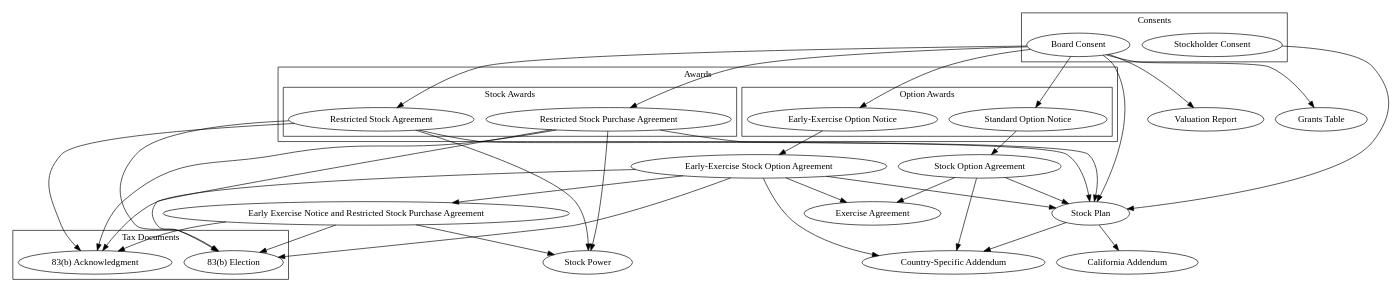
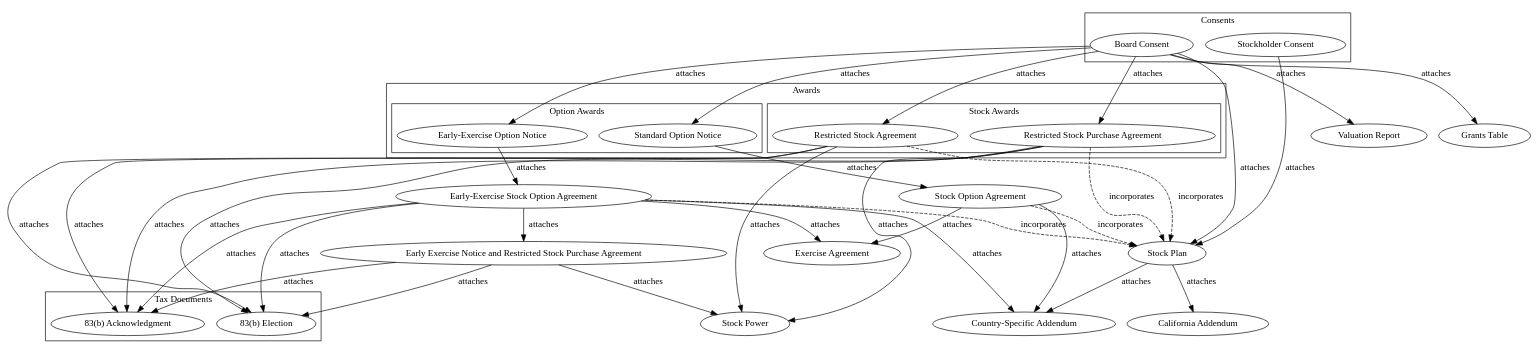
The diagram in stock-plan.dot (kemitchell/stock-plan-graph), drawn with Graphviz before and after one commit.

Commit message:
Label and style edges

```diff
--- a/stock-plan.dot
+++ b/stock-plan.dot
@@ -1,76 +1,76 @@
 digraph stockplan {
 
   subgraph cluster_consents {
     label="Consents";
     graph[style=solid];
     "Board Consent";
     "Stockholder Consent";
   }
 
   subgraph cluster_awards {
     label="Awards";
     graph[style=solid];
 
     subgraph cluster_options {
       label="Option Awards";
       graph[style=solid];
       "Early-Exercise Option Notice";
       "Standard Option Notice";
     }
 
     subgraph cluster_stock {
       label="Stock Awards";
       graph[style=solid];
       "Restricted Stock Purchase Agreement";
       "Restricted Stock Agreement";
     }
   }
 
   subgraph cluster_83b {
     label="Tax Documents";
     "83(b) Acknowledgment";
     "83(b) Election";
   }
 
-  "Board Consent" -> "Stock Plan";
-  "Board Consent" -> "Standard Option Notice";
-  "Board Consent" -> "Early-Exercise Option Notice";
-  "Board Consent" -> "Restricted Stock Purchase Agreement";
-  "Board Consent" -> "Restricted Stock Agreement";
-  "Board Consent" -> "Valuation Report";
-  "Board Consent" -> "Grants Table";
+  "Board Consent" -> "Stock Plan" [label=attaches];
+  "Board Consent" -> "Standard Option Notice" [label=attaches];
+  "Board Consent" -> "Early-Exercise Option Notice" [label=attaches];
+  "Board Consent" -> "Restricted Stock Purchase Agreement" [label=attaches];
+  "Board Consent" -> "Restricted Stock Agreement" [label=attaches];
+  "Board Consent" -> "Valuation Report" [label=attaches];
+  "Board Consent" -> "Grants Table" [label=attaches];
 
-  "Stockholder Consent" -> "Stock Plan";
+  "Stockholder Consent" -> "Stock Plan" [label=attaches];
 
-  "Stock Plan" -> "California Addendum";
-  "Stock Plan" -> "Country-Specific Addendum";
+  "Stock Plan" -> "California Addendum" [label=attaches];
+  "Stock Plan" -> "Country-Specific Addendum" [label=attaches];
 
-  "Standard Option Notice" -> "Stock Option Agreement";
-  "Stock Option Agreement" -> "Exercise Agreement";
-  "Stock Option Agreement" -> "Country-Specific Addendum";
+  "Standard Option Notice" -> "Stock Option Agreement" [label=attaches];
+  "Stock Option Agreement" -> "Exercise Agreement" [label=attaches];
+  "Stock Option Agreement" -> "Country-Specific Addendum" [label=attaches];
 
-  "Stock Option Agreement" -> "Stock Plan";
+  "Stock Option Agreement" -> "Stock Plan" [label=incorporates, style=dashed];
 
-  "Early-Exercise Option Notice" -> "Early-Exercise Stock Option Agreement";
-  "Early-Exercise Stock Option Agreement" -> "Early Exercise Notice and Restricted Stock Purchase Agreement";
-  "Early-Exercise Stock Option Agreement" -> "Exercise Agreement";
-  "Early-Exercise Stock Option Agreement" -> "Country-Specific Addendum";
-  "Early-Exercise Stock Option Agreement" -> "83(b) Acknowledgment";
-  "Early-Exercise Stock Option Agreement" -> "83(b) Election";
+  "Early-Exercise Option Notice" -> "Early-Exercise Stock Option Agreement" [label=attaches];
+  "Early-Exercise Stock Option Agreement" -> "Early Exercise Notice and Restricted Stock Purchase Agreement" [label=attaches];
+  "Early-Exercise Stock Option Agreement" -> "Exercise Agreement" [label=attaches];
+  "Early-Exercise Stock Option Agreement" -> "Country-Specific Addendum" [label=attaches];
+  "Early-Exercise Stock Option Agreement" -> "83(b) Acknowledgment" [label=attaches];
+  "Early-Exercise Stock Option Agreement" -> "83(b) Election" [label=attaches];
 
-  "Early Exercise Notice and Restricted Stock Purchase Agreement" -> "Stock Power";
-  "Early Exercise Notice and Restricted Stock Purchase Agreement" -> "83(b) Acknowledgment";
-  "Early Exercise Notice and Restricted Stock Purchase Agreement" -> "83(b) Election";
+  "Early Exercise Notice and Restricted Stock Purchase Agreement" -> "Stock Power" [label=attaches];
+  "Early Exercise Notice and Restricted Stock Purchase Agreement" -> "83(b) Acknowledgment" [label=attaches];
+  "Early Exercise Notice and Restricted Stock Purchase Agreement" -> "83(b) Election" [label=attaches];
 
-  "Early-Exercise Stock Option Agreement" -> "Stock Plan";
+  "Early-Exercise Stock Option Agreement" -> "Stock Plan" [label=incorporates, style=dashed];
 
-  "Restricted Stock Agreement" -> "Stock Power";
-  "Restricted Stock Agreement" -> "83(b) Acknowledgment";
-  "Restricted Stock Agreement" -> "83(b) Election";
-  "Restricted Stock Agreement" -> "Stock Plan";
+  "Restricted Stock Agreement" -> "Stock Power" [label=attaches];
+  "Restricted Stock Agreement" -> "83(b) Acknowledgment" [label=attaches];
+  "Restricted Stock Agreement" -> "83(b) Election" [label=attaches];
+  "Restricted Stock Agreement" -> "Stock Plan" [label=incorporates, style=dashed];
 
-  "Restricted Stock Purchase Agreement" -> "Stock Power";
-  "Restricted Stock Purchase Agreement" -> "83(b) Acknowledgment";
-  "Restricted Stock Purchase Agreement" -> "83(b) Election";
-  "Restricted Stock Purchase Agreement" -> "Stock Plan";
+  "Restricted Stock Purchase Agreement" -> "Stock Power" [label=attaches];
+  "Restricted Stock Purchase Agreement" -> "83(b) Acknowledgment" [label=attaches];
+  "Restricted Stock Purchase Agreement" -> "83(b) Election" [label=attaches];
+  "Restricted Stock Purchase Agreement" -> "Stock Plan" [label=incorporates, style=dashed];
 }
```
